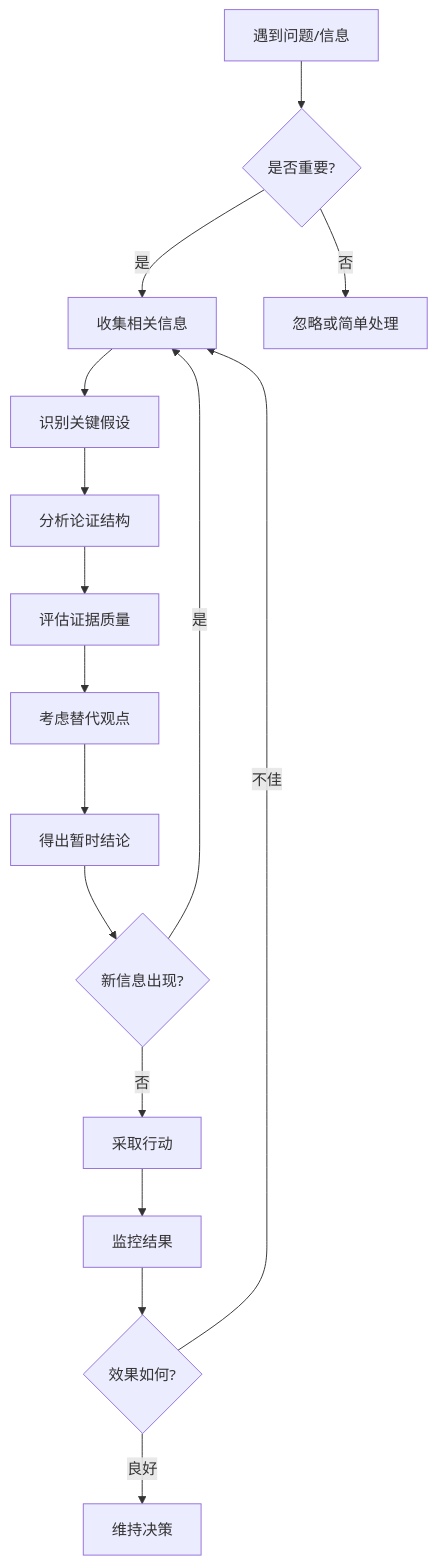
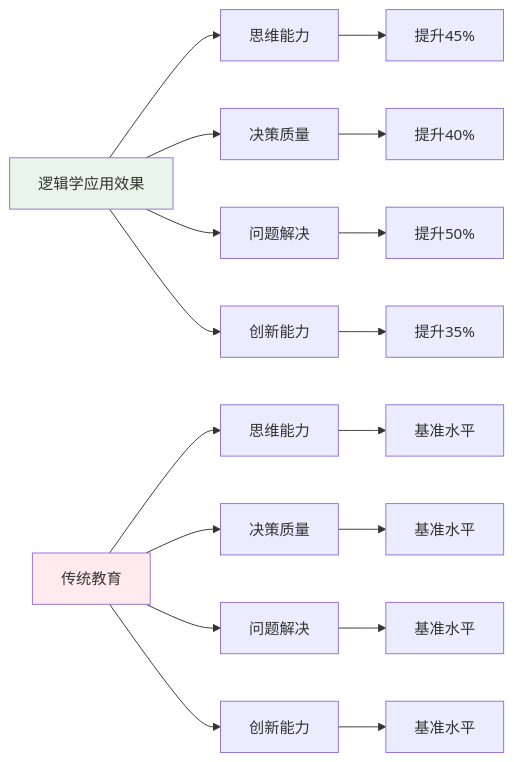
One commit to AdaMartin18010/SeniorEnducation changed diagram 13 of 15 in 01-哲学科学基础/03-逻辑学与批判性思维.md. Above: the diagram before and after it, drawn with Mermaid. The commit also changed other lines of this file and 16 other files, not shown here.

````diff
--- a/01-哲学科学基础/03-逻辑学与批判性思维.md
+++ b/01-哲学科学基础/03-逻辑学与批判性思维.md
@@ -320,21 +597,25 @@
 ```mermaid
-flowchart TD
-    A[遇到问题/信息] --> B{是否重要?}
-    B -->|是| C[收集相关信息]
-    B -->|否| D[忽略或简单处理]
+graph LR
+    A[逻辑学应用效果] --> B[思维能力]
+    A --> C[决策质量]
+    A --> D[问题解决]
+    A --> E[创新能力]
     
-    C --> E[识别关键假设]
-    E --> F[分析论证结构]
-    F --> G[评估证据质量]
-    G --> H[考虑替代观点]
-    H --> I[得出暂时结论]
+    B --> B1[提升45%]
+    C --> C1[提升40%]
+    D --> D1[提升50%]
+    E --> E1[提升35%]
     
-    I --> J{新信息出现?}
-    J -->|是| C
-    J -->|否| K[采取行动]
+    F[传统教育] --> G[思维能力]
+    F --> H[决策质量]
+    F --> I[问题解决]
+    F --> J[创新能力]
     
-    K --> L[监控结果]
-    L --> M{效果如何?}
-    M -->|不佳| C
-    M -->|良好| N[维持决策]
+    G --> G1[基准水平]
+    H --> H1[基准水平]
+    I --> I1[基准水平]
+    J --> J1[基准水平]
+    
+    style A fill:#e8f5e8
+    style F fill:#ffebee
 ```
````
